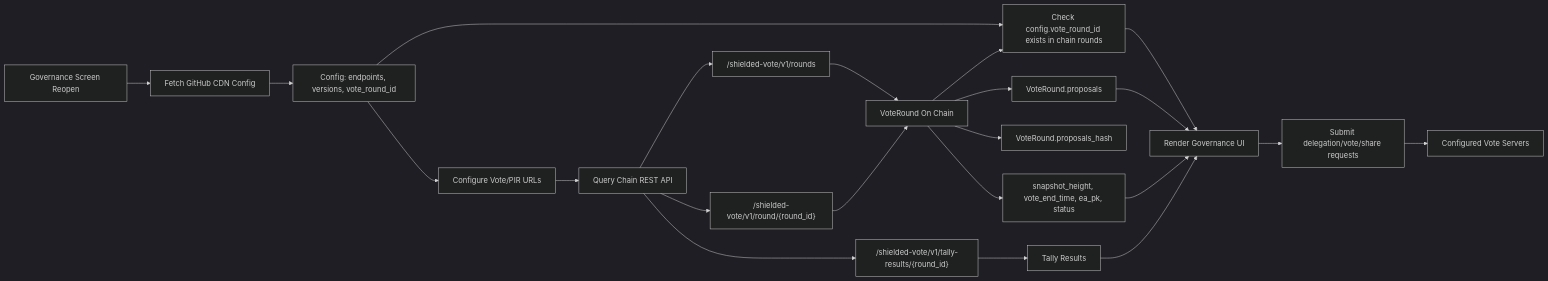
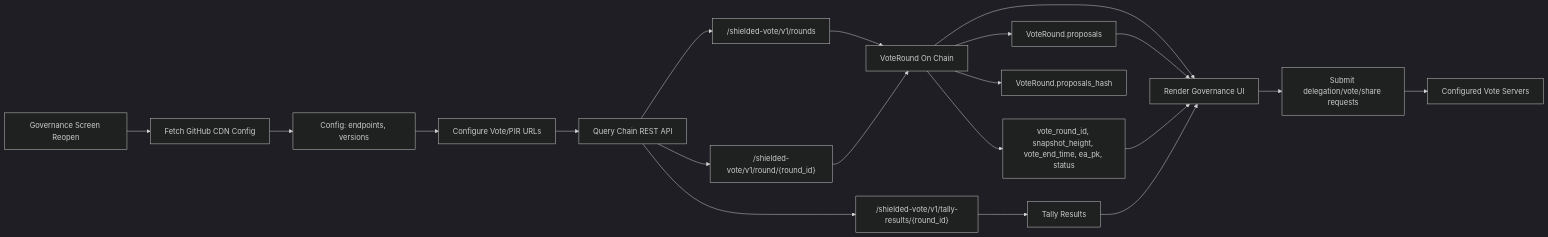
The diagram in README.md (valargroup/token-holder-voting-config), drawn with Mermaid (dark theme) before and after one commit. The commit also changed other lines of this file and 1 other file, not shown here.

First line of the commit message:
Remove round id from voting config

````diff
--- a/README.md
+++ b/README.md
@@ -51,30 +58,27 @@
 ```mermaid
 flowchart LR
   governanceOpen["Governance Screen Reopen"] --> fetchConfig["Fetch GitHub CDN Config"]
-  fetchConfig --> configFields["Config: endpoints, versions, vote_round_id"]
+  fetchConfig --> configFields["Config: endpoints, versions"]
   configFields --> configureURLs["Configure Vote/PIR URLs"]
   configureURLs --> queryChain["Query Chain REST API"]
 
   queryChain --> rounds["/shielded-vote/v1/rounds"]
   queryChain --> roundById["/shielded-vote/v1/round/{round_id}"]
   queryChain --> tally["/shielded-vote/v1/tally-results/{round_id}"]
 
   rounds --> voteRound["VoteRound On Chain"]
   roundById --> voteRound
   tally --> results["Tally Results"]
 
   voteRound --> proposals["VoteRound.proposals"]
   voteRound --> proposalsHash["VoteRound.proposals_hash"]
-  voteRound --> roundMeta["snapshot_height, vote_end_time, ea_pk, status"]
+  voteRound --> roundMeta["vote_round_id, snapshot_height, vote_end_time, ea_pk, status"]
 
-  configFields --> bindRound["Check config.vote_round_id exists in chain rounds"]
-  voteRound --> bindRound
-
-  bindRound --> renderUI["Render Governance UI"]
+  voteRound --> renderUI["Render Governance UI"]
   proposals --> renderUI
   roundMeta --> renderUI
   results --> renderUI
 
   renderUI --> submitVotes["Submit delegation/vote/share requests"]
   submitVotes --> voteServers["Configured Vote Servers"]
 ```
````
